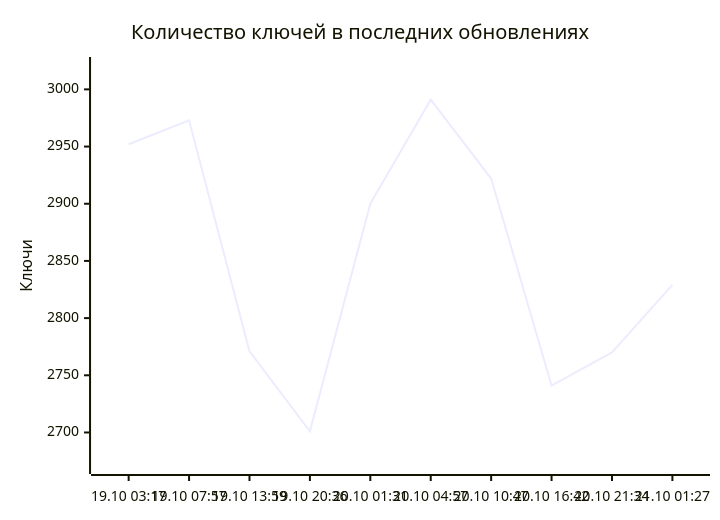
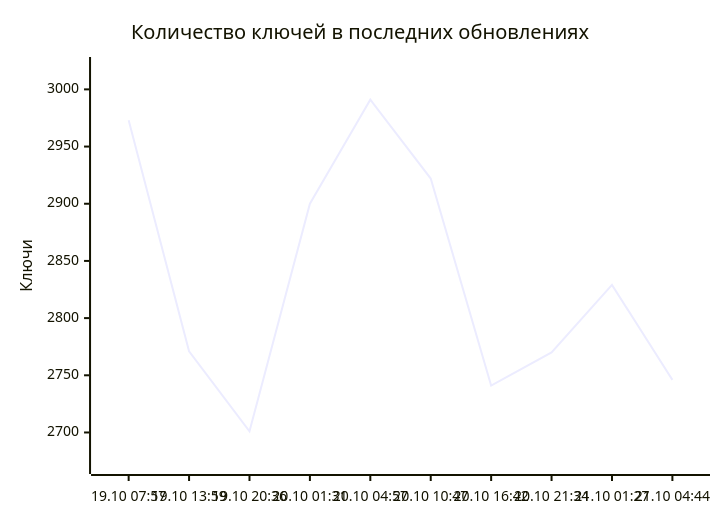
One commit to markKikhtenko/WireVeil changed the diagram in README.md. Above: the diagram before and after it, drawn with Mermaid. The commit also changed other lines of this file and 12 other files, not shown here.

````diff
--- a/README.md
+++ b/README.md
@@ -55,7 +55,7 @@
 ```mermaid
 xychart-beta
     title "Количество ключей в последних обновлениях"
-    x-axis ["19.10 03:17", "19.10 07:57", "19.10 13:59", "19.10 20:36", "20.10 01:31", "20.10 04:57", "20.10 10:47", "20.10 16:42", "20.10 21:34", "21.10 01:27"]
+    x-axis ["19.10 07:57", "19.10 13:59", "19.10 20:36", "20.10 01:31", "20.10 04:57", "20.10 10:47", "20.10 16:42", "20.10 21:34", "21.10 01:27", "21.10 04:44"]
     y-axis "Ключи" 2672 --> 3020
-    line [2952, 2973, 2771, 2701, 2900, 2991, 2922, 2741, 2770, 2829]
+    line [2973, 2771, 2701, 2900, 2991, 2922, 2741, 2770, 2829, 2746]
 ```
````
